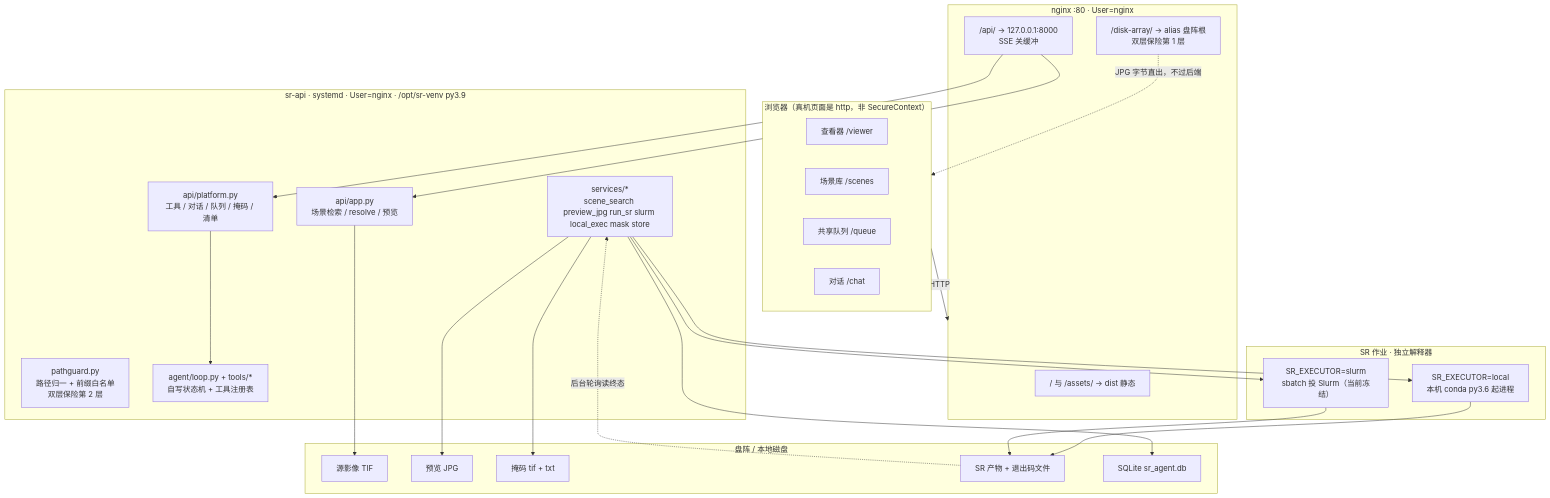
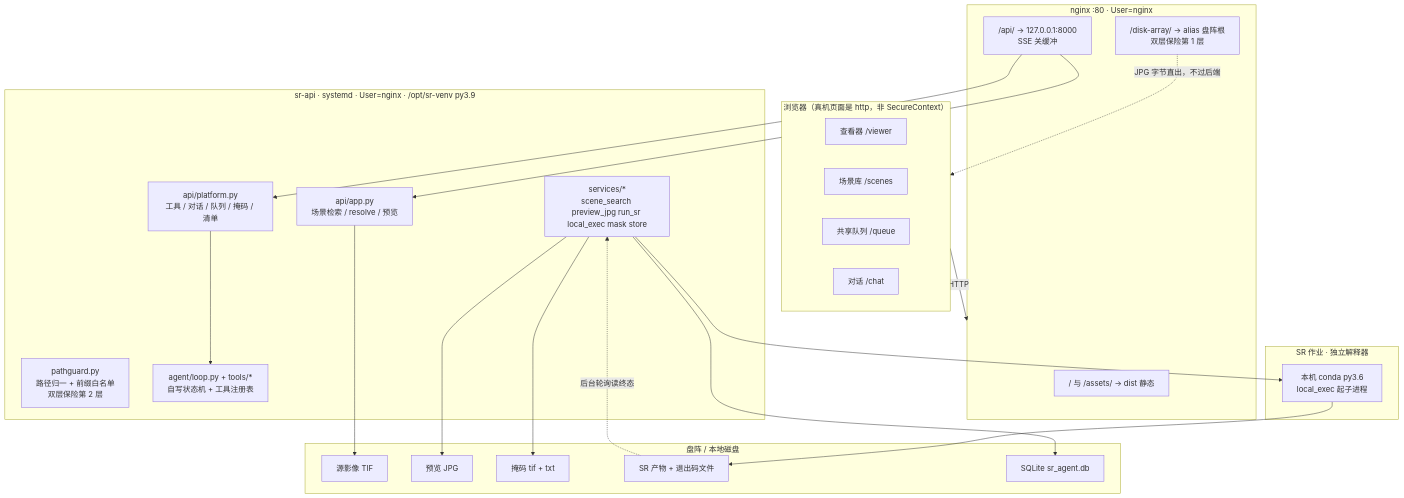
One commit to Jason001028/sr_agent_platform changed the first of 3 diagrams in docs/knowledge/io-pipeline/README.md. Above: the diagram before and after it, drawn with Mermaid. The commit also changed other lines of this file and 74 other files, not shown here.

````diff
--- a/docs/knowledge/io-pipeline/README.md
+++ b/docs/knowledge/io-pipeline/README.md
@@ -43,51 +43,48 @@
 ```mermaid
 flowchart TB
   subgraph B["浏览器（真机页面是 http，非 SecureContext）"]
     V["查看器 /viewer"]
     SC["场景库 /scenes"]
     QP["共享队列 /queue"]
     CP["对话 /chat"]
   end
 
   subgraph N["nginx :80 · User=nginx"]
     N1["/ 与 /assets/ → dist 静态"]
     N2["/disk-array/ → alias 盘阵根<br/>双层保险第 1 层"]
     N3["/api/ → 127.0.0.1:8000<br/>SSE 关缓冲"]
   end
 
   subgraph A["sr-api · systemd · User=nginx · /opt/sr-venv py3.9"]
     A1["api/app.py<br/>场景检索 / resolve / 预览"]
     A2["api/platform.py<br/>工具 / 对话 / 队列 / 掩码 / 清单"]
-    A3["services/*<br/>scene_search preview_jpg run_sr slurm local_exec mask store"]
+    A3["services/*<br/>scene_search preview_jpg run_sr local_exec mask store"]
     A4["pathguard.py<br/>路径归一 + 前缀白名单<br/>双层保险第 2 层"]
     A5["agent/loop.py + tools/*<br/>自写状态机 + 工具注册表"]
   end
 
   subgraph E["SR 作业 · 独立解释器"]
-    E1["SR_EXECUTOR=local<br/>本机 conda py3.6 起进程"]
-    E2["SR_EXECUTOR=slurm<br/>sbatch 投 Slurm（当前冻结）"]
+    E1["本机 conda py3.6<br/>local_exec 起子进程"]
   end
 
   subgraph DB["盘阵 / 本地磁盘"]
     D1["源影像 TIF"]
     D2["预览 JPG"]
     D3["掩码 tif + txt"]
     D4["SR 产物 + 退出码文件"]
     D5["SQLite sr_agent.db"]
   end
 
   B -->|"HTTP"| N
   N3 --> A1
   N3 --> A2
   N2 -.->|"JPG 字节直出，不过后端"| B
   A2 --> A5
   A3 --> E1
-  A3 --> E2
   A1 --> D1
   A3 --> D2
   A3 --> D3
   A3 --> D5
   E1 --> D4
-  E2 --> D4
   D4 -.->|"后台轮询读终态"| A3
 ```
````
